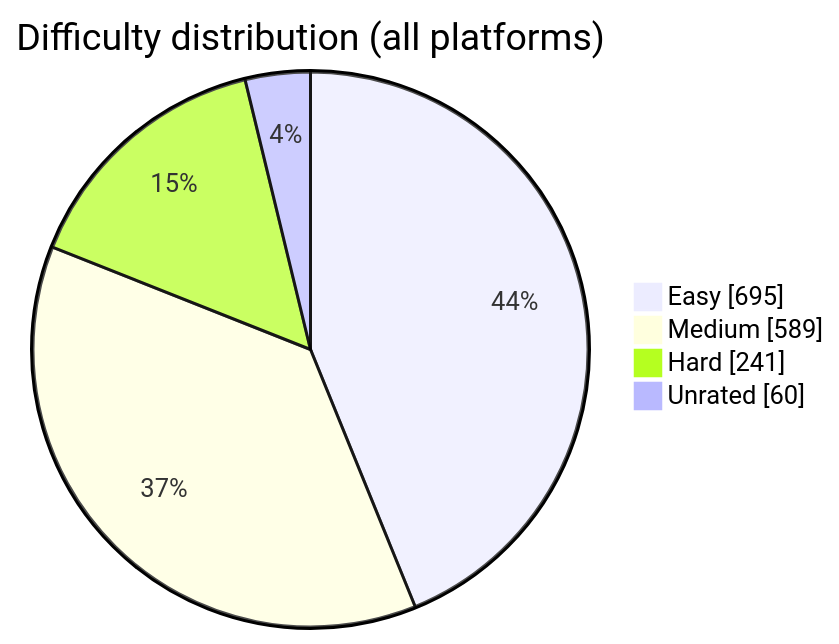
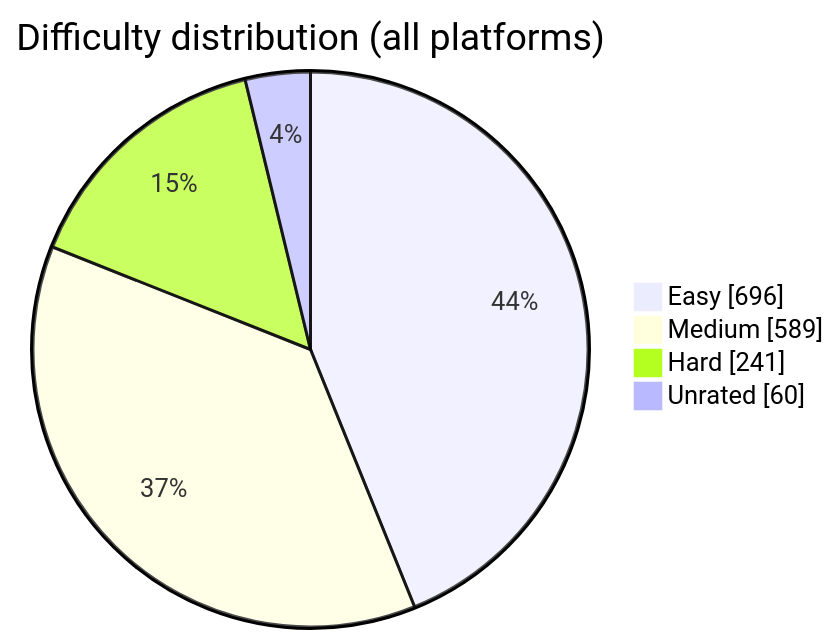
The diagram in README.md (BuildbyArindam/Daily-Coding-Log), drawn with Mermaid before and after one commit. The commit also changed other lines of this file, not shown here.

````diff
--- a/README.md
+++ b/README.md
@@ -93,7 +93,7 @@
 ```mermaid
 pie showData title Difficulty distribution (all platforms)
-    "Easy" : 695
+    "Easy" : 696
     "Medium" : 589
     "Hard" : 241
     "Unrated" : 60
 ```
````
